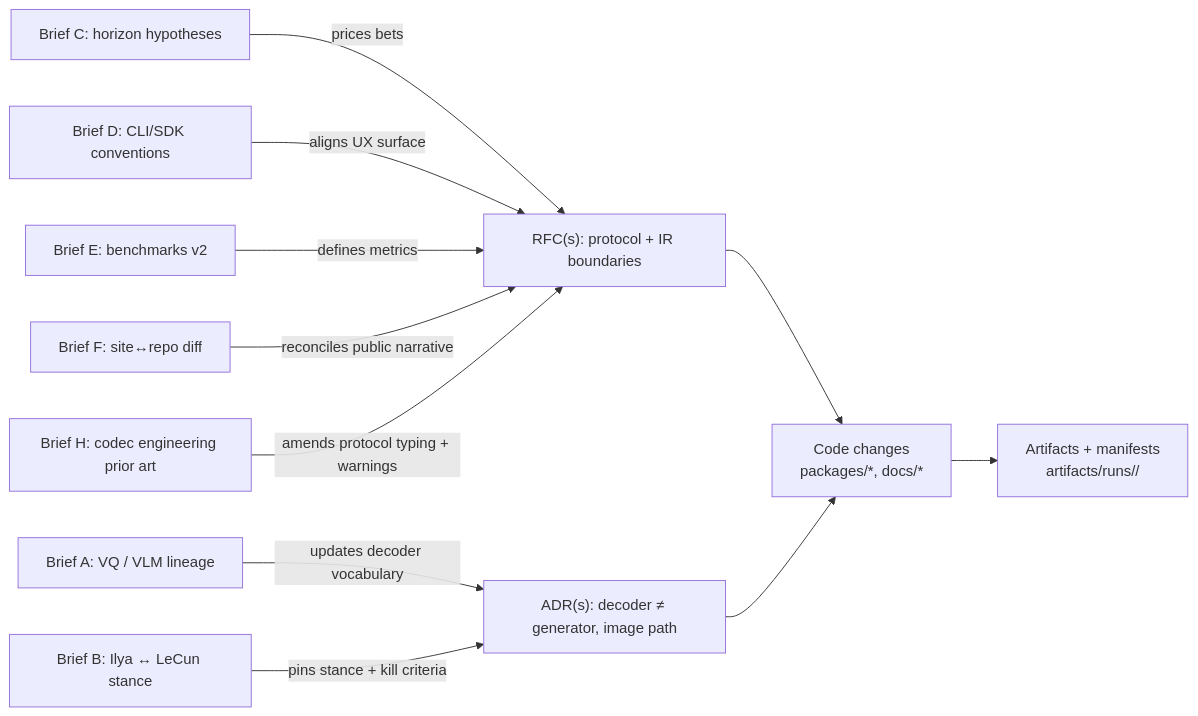
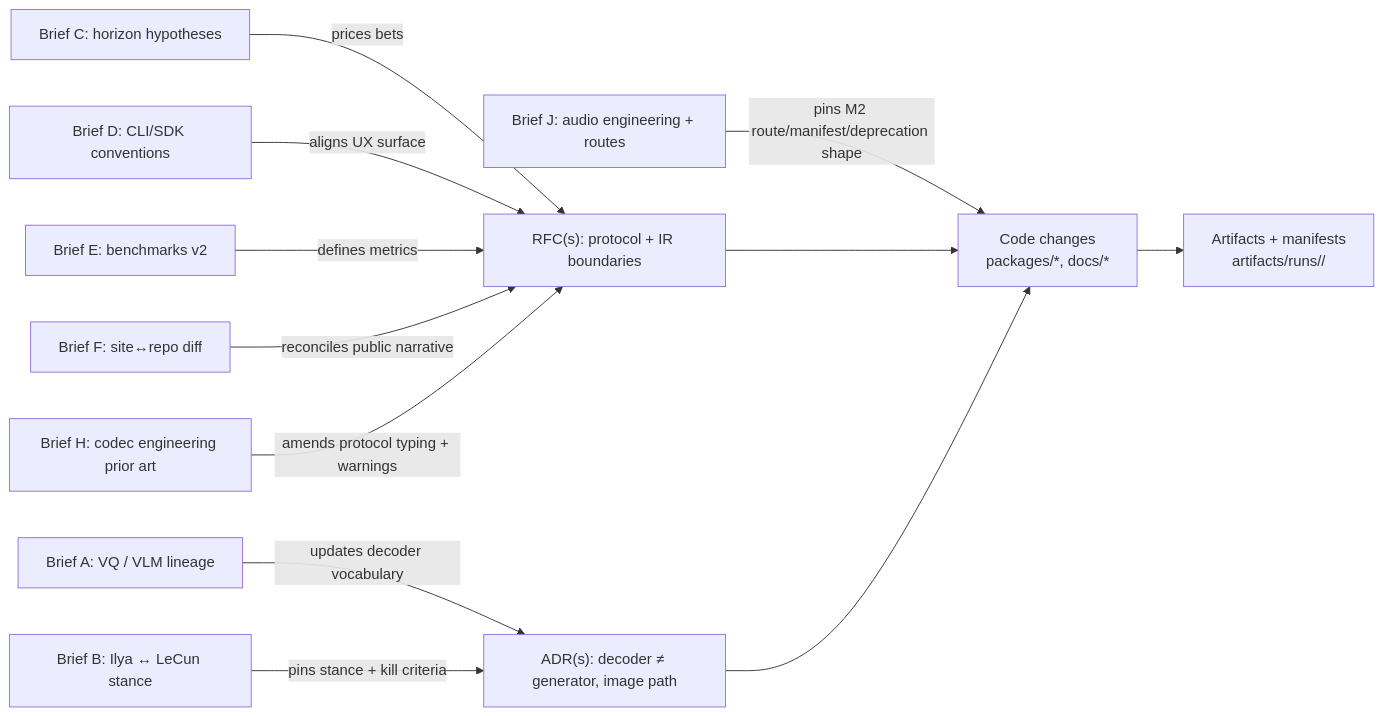
One commit to p-to-q/wittgenstein changed the diagram in docs/research/briefs/README.md. Above: the diagram before and after it, drawn with Mermaid. The commit also changed other lines of this file and 3 other files, not shown here.

Commit message:
docs(briefs): add audio engineering brief and D addendum

````diff
--- a/docs/research/briefs/README.md
+++ b/docs/research/briefs/README.md
@@ -20,14 +21,15 @@
 ```mermaid
 flowchart LR
   A["Brief A: VQ / VLM lineage"] -->|updates decoder vocabulary| ADR["ADR(s): decoder ≠ generator, image path"]
   B["Brief B: Ilya ↔ LeCun stance"] -->|pins stance + kill criteria| ADR
   C["Brief C: horizon hypotheses"] -->|prices bets| RFC["RFC(s): protocol + IR boundaries"]
   D["Brief D: CLI/SDK conventions"] -->|aligns UX surface| RFC
   E["Brief E: benchmarks v2"] -->|defines metrics| RFC
   F["Brief F: site↔repo diff"] -->|reconciles public narrative| RFC
   H["Brief H: codec engineering prior art"] -->|amends protocol typing + warnings| RFC
+  J["Brief J: audio engineering + routes"] -->|pins M2 route/manifest/deprecation shape| Code
 
   RFC --> Code["Code changes\npackages/*, docs/*"]
   ADR --> Code
   Code --> Runs["Artifacts + manifests\nartifacts/runs/<id>/"]
 ```
````
